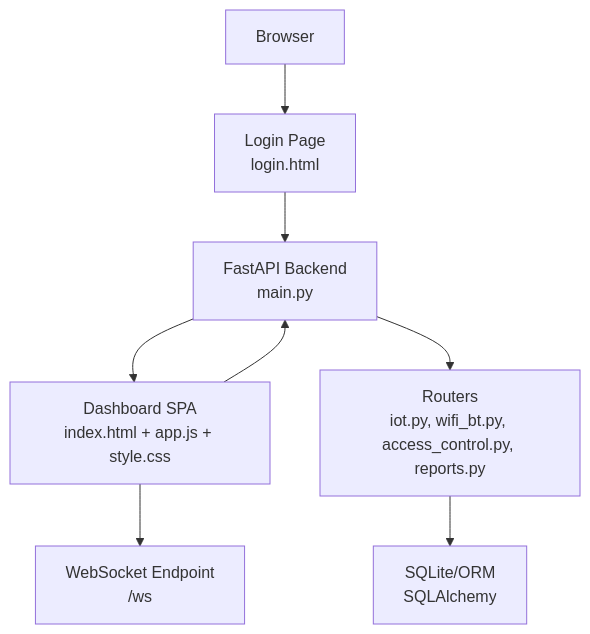
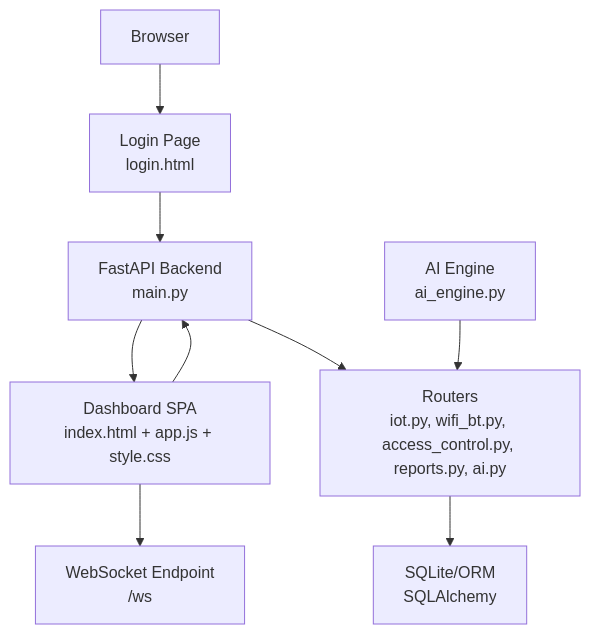
The first of 11 diagrams in .qoder/repowiki/en/content/Frontend Dashboard.md (MohandWaleed3/PentexOne), drawn with Mermaid before and after one commit. The commit also changed other lines of this file and 16 other files, not shown here.

````diff
--- a/.qoder/repowiki/en/content/Frontend Dashboard.md
+++ b/.qoder/repowiki/en/content/Frontend Dashboard.md
@@ -35,17 +46,19 @@
 ```mermaid
 graph TB
 Browser["Browser"]
 Login["Login Page<br/>login.html"]
 Dashboard["Dashboard SPA<br/>index.html + app.js + style.css"]
+AIEngine["AI Engine<br/>ai_engine.py"]
 API["FastAPI Backend<br/>main.py"]
 WS["WebSocket Endpoint<br/>/ws"]
-Routers["Routers<br/>iot.py, wifi_bt.py, access_control.py, reports.py"]
+Routers["Routers<br/>iot.py, wifi_bt.py, access_control.py, reports.py, ai.py"]
 DB["SQLite/ORM<br/>SQLAlchemy"]
 Browser --> Login
 Login --> API
 API --> Dashboard
 Dashboard --> API
 Dashboard --> WS
 API --> Routers
 Routers --> DB
+AIEngine --> Routers
 ```
````
